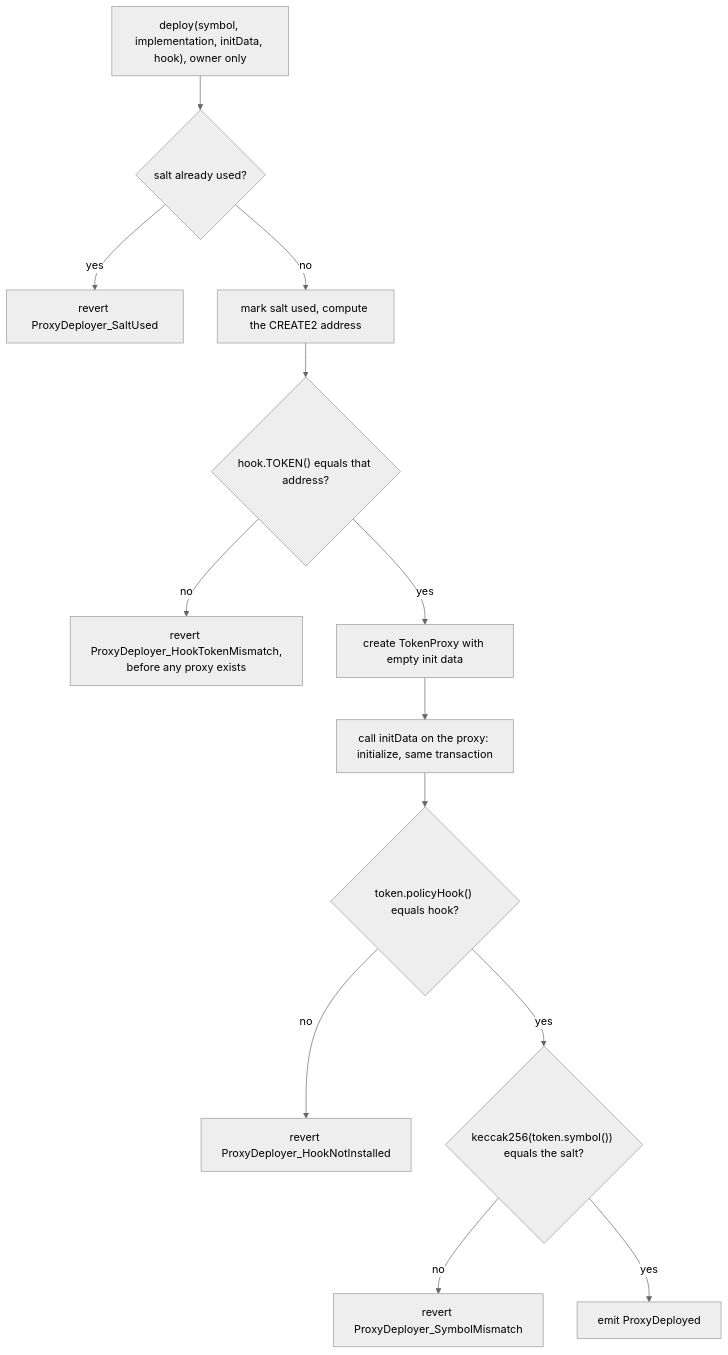
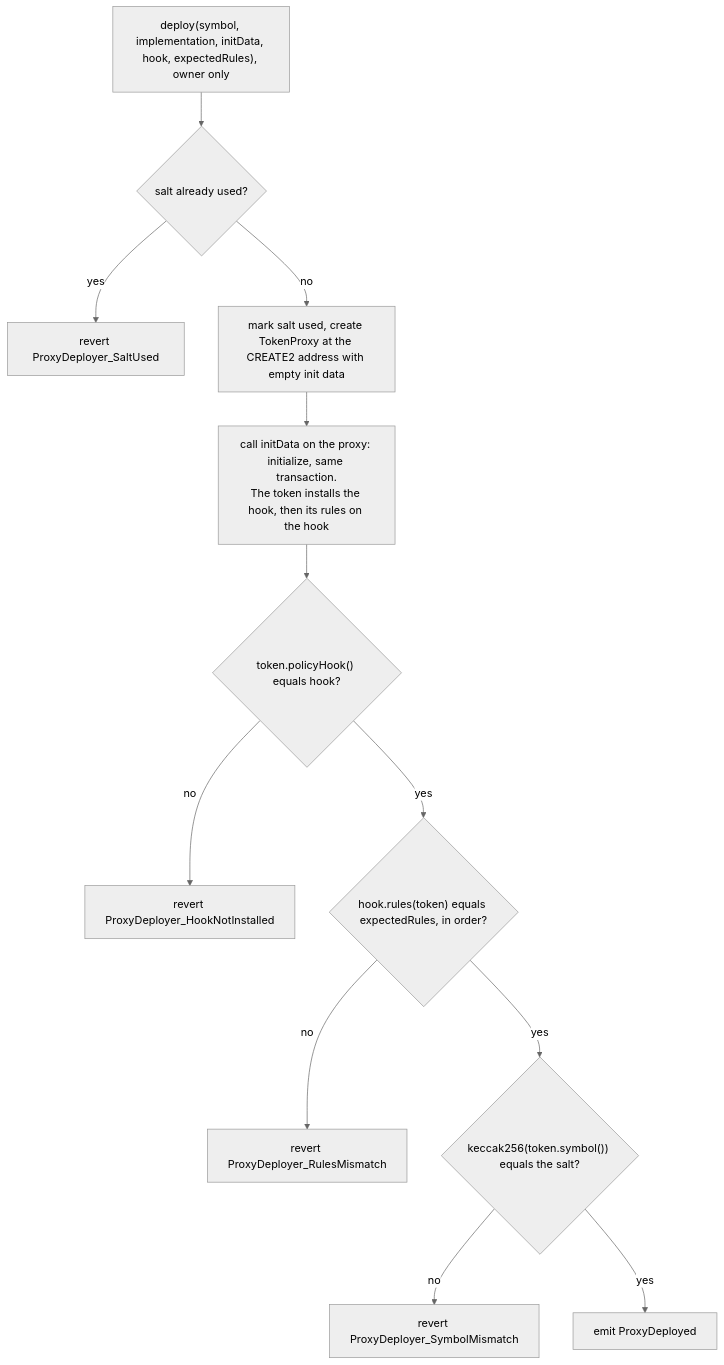
One commit to fepvenancio/rwa-token changed the fifth of 6 diagrams in docs/governance-and-deployment.md. Above: the diagram before and after it, drawn with Mermaid (neutral theme). The commit also changed other lines of this file and 13 other files, not shown here.

````diff
--- a/docs/governance-and-deployment.md
+++ b/docs/governance-and-deployment.md
@@ -218,15 +319,14 @@
 ```mermaid
 flowchart TD
-  A["deploy(symbol, implementation, initData, hook), owner only"] --> B{"salt already used?"}
+  A["deploy(symbol, implementation, initData, hook, expectedRules), owner only"] --> B{"salt already used?"}
   B -->|yes| X1["revert ProxyDeployer_SaltUsed"]
-  B -->|no| C["mark salt used, compute the CREATE2 address"]
-  C --> D{"hook.TOKEN() equals that address?"}
-  D -->|no| X2["revert ProxyDeployer_HookTokenMismatch,<br/>before any proxy exists"]
-  D -->|yes| E["create TokenProxy with empty init data"]
-  E --> F["call initData on the proxy: initialize, same transaction"]
-  F --> G{"token.policyHook() equals hook?"}
-  G -->|no| X3["revert ProxyDeployer_HookNotInstalled"]
-  G -->|yes| H{"keccak256(token.symbol()) equals the salt?"}
-  H -->|no| X4["revert ProxyDeployer_SymbolMismatch"]
-  H -->|yes| I["emit ProxyDeployed"]
+  B -->|no| C["mark salt used, create TokenProxy at the CREATE2 address with empty init data"]
+  C --> D["call initData on the proxy: initialize, same transaction.<br/>The token installs the hook, then its rules on the hook"]
+  D --> E{"token.policyHook() equals hook?"}
+  E -->|no| X2["revert ProxyDeployer_HookNotInstalled"]
+  E -->|yes| F{"hook.rules(token) equals expectedRules, in order?"}
+  F -->|no| X3["revert ProxyDeployer_RulesMismatch"]
+  F -->|yes| G{"keccak256(token.symbol()) equals the salt?"}
+  G -->|no| X4["revert ProxyDeployer_SymbolMismatch"]
+  G -->|yes| H["emit ProxyDeployed"]
 ```
````
